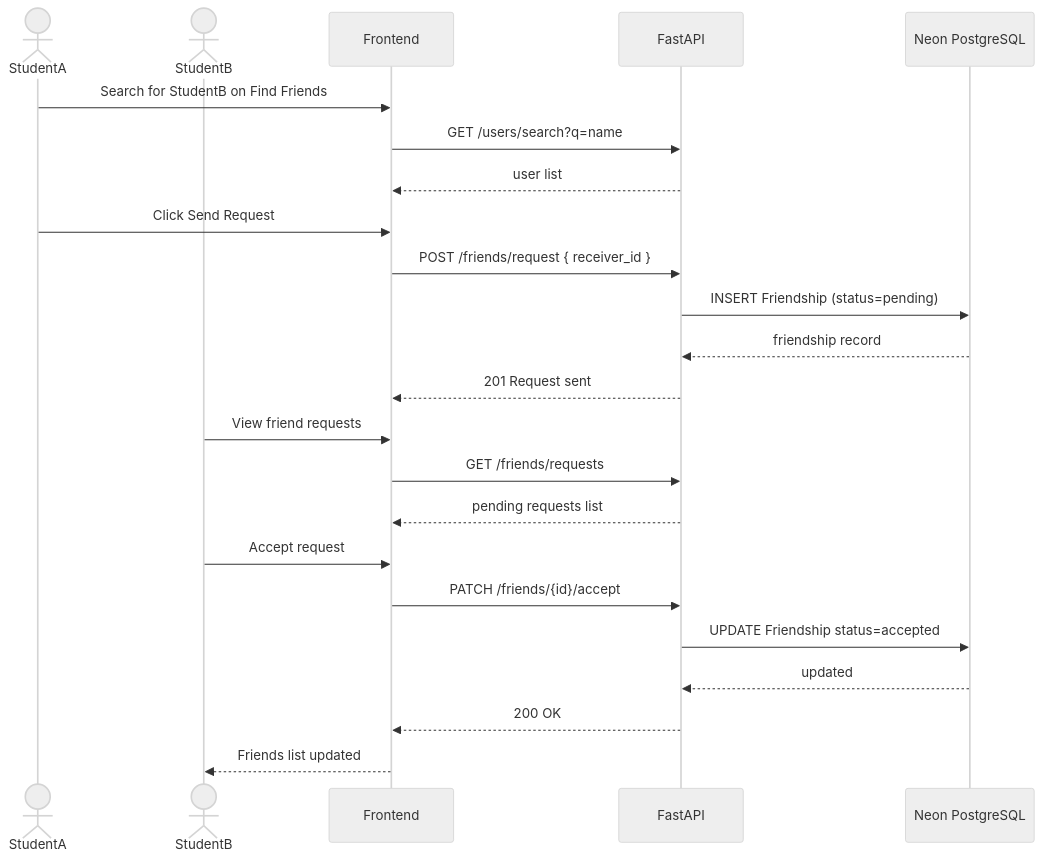
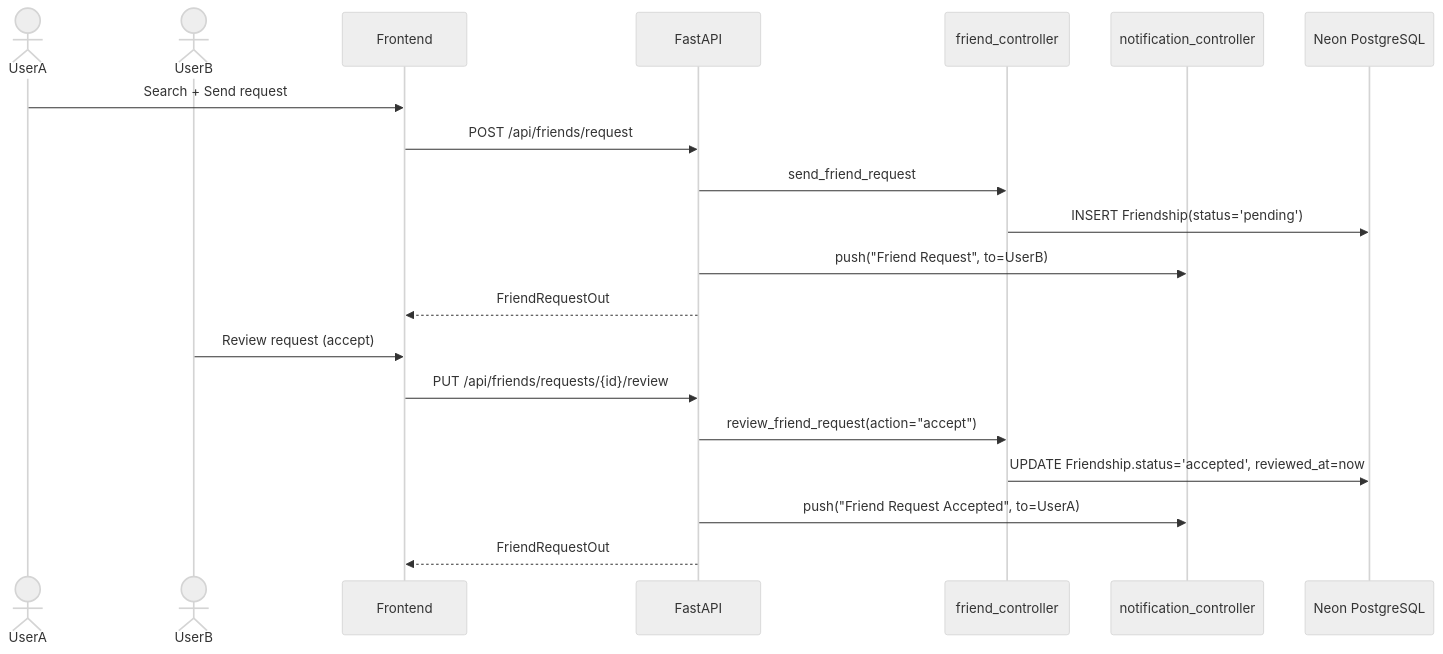
One commit to yazidha09/Hub4Learners changed the fourth of 4 diagrams in docs/sprints/SPRINT_4.md. Above: the diagram before and after it, drawn with Mermaid (neutral theme). The commit also changed other lines of this file and 5 other files, not shown here.

````diff
--- a/docs/sprints/SPRINT_4.md
+++ b/docs/sprints/SPRINT_4.md
@@ -133,27 +189,24 @@
 ```mermaid
 sequenceDiagram
-    actor StudentA
-    actor StudentB
+    actor UserA
+    actor UserB
     participant Frontend
     participant FastAPI
-    participant Neon PostgreSQL
+    participant FriendCtrl as friend_controller
+    participant Notif as notification_controller
+    participant DB as Neon PostgreSQL
 
-    StudentA->>Frontend: Search for StudentB on Find Friends
-    Frontend->>FastAPI: GET /users/search?q=name
-    FastAPI-->>Frontend: user list
-    StudentA->>Frontend: Click Send Request
-    Frontend->>FastAPI: POST /friends/request { receiver_id }
-    FastAPI->>Neon PostgreSQL: INSERT Friendship (status=pending)
-    Neon PostgreSQL-->>FastAPI: friendship record
-    FastAPI-->>Frontend: 201 Request sent
+    UserA->>Frontend: Search + Send request
+    Frontend->>FastAPI: POST /api/friends/request
+    FastAPI->>FriendCtrl: send_friend_request
+    FriendCtrl->>DB: INSERT Friendship(status='pending')
+    FastAPI->>Notif: push("Friend Request", to=UserB)
+    FastAPI-->>Frontend: FriendRequestOut
 
-    StudentB->>Frontend: View friend requests
-    Frontend->>FastAPI: GET /friends/requests
-    FastAPI-->>Frontend: pending requests list
-    StudentB->>Frontend: Accept request
-    Frontend->>FastAPI: PATCH /friends/{id}/accept
-    FastAPI->>Neon PostgreSQL: UPDATE Friendship status=accepted
-    Neon PostgreSQL-->>FastAPI: updated
-    FastAPI-->>Frontend: 200 OK
-    Frontend-->>StudentB: Friends list updated
+    UserB->>Frontend: Review request (accept)
+    Frontend->>FastAPI: PUT /api/friends/requests/{id}/review
+    FastAPI->>FriendCtrl: review_friend_request(action="accept")
+    FriendCtrl->>DB: UPDATE Friendship.status='accepted', reviewed_at=now
+    FastAPI->>Notif: push("Friend Request Accepted", to=UserA)
+    FastAPI-->>Frontend: FriendRequestOut
 ```
````
